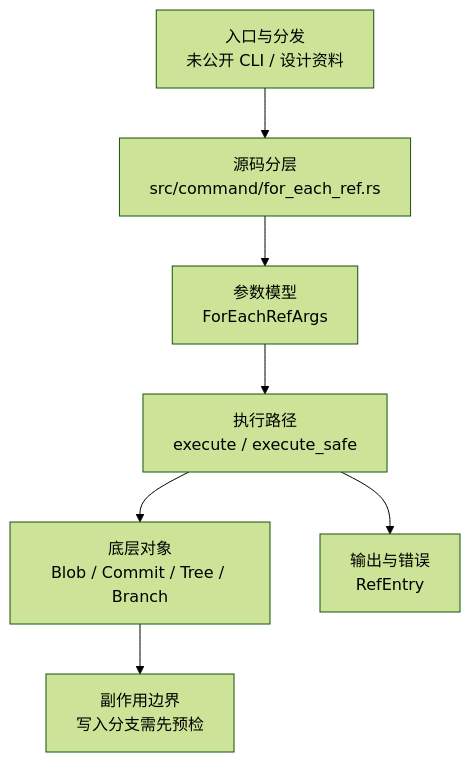
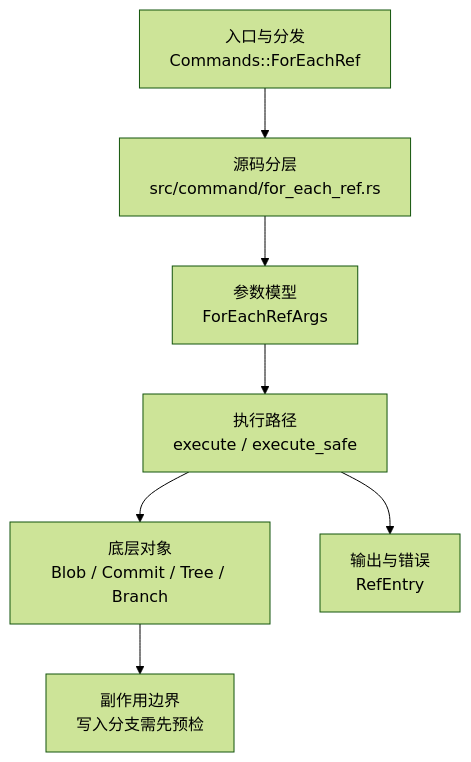
Before and after one commit to web3infra-foundation/libra: the diagram in docs/development/commands/for-each-ref.md, drawn with Mermaid (forest theme). The commit also changed other lines of this file and 60 other files, not shown here.

````diff
--- a/docs/development/commands/for-each-ref.md
+++ b/docs/development/commands/for-each-ref.md
@@ -22,9 +22,9 @@
 ```mermaid
 flowchart TD
-    A["入口与分发<br/>未公开 CLI / 设计资料"] --> B["源码分层<br/>src/command/for_each_ref.rs"]
+    A["入口与分发<br/>Commands::ForEachRef"] --> B["源码分层<br/>src/command/for_each_ref.rs"]
     B --> C["参数模型<br/>ForEachRefArgs"]
     C --> D["执行路径<br/>execute / execute_safe"]
     D --> E["底层对象<br/>Blob / Commit / Tree / Branch"]
     D --> F["输出与错误<br/>RefEntry"]
     E --> G["副作用边界<br/>写入分支需先预检"]
 ```
````
